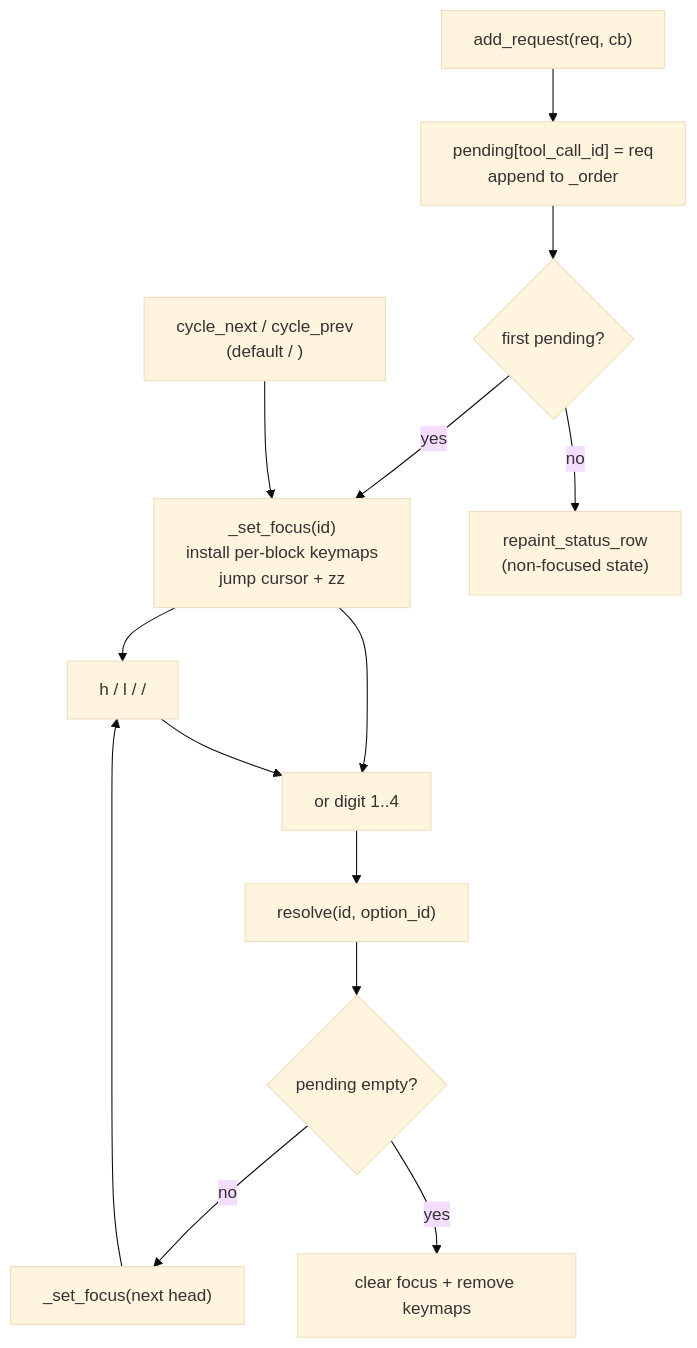
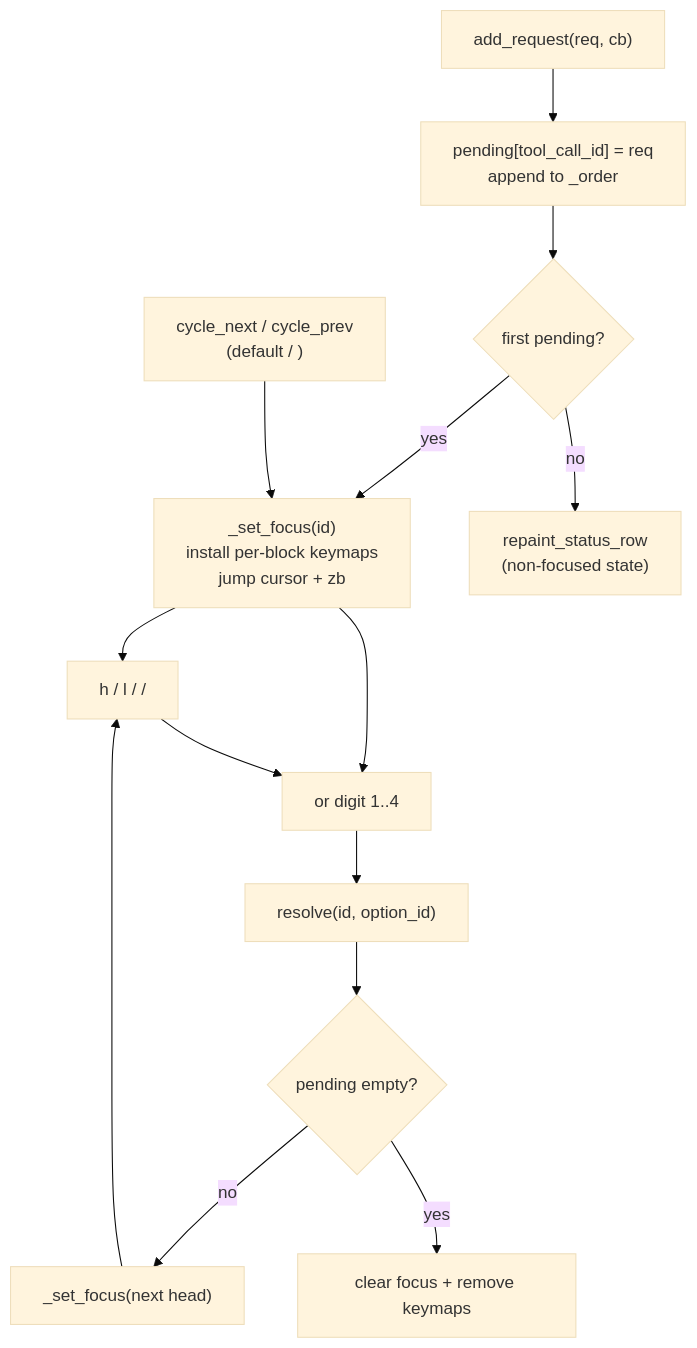
The diagram in docs/architectural-decisions/003-inline-permission-buttons.md (carlos-algms/agentic.nvim), drawn with Mermaid (base theme) before and after one commit. The commit also changed other lines of this file and 7 other files, not shown here.

````diff
--- a/docs/architectural-decisions/003-inline-permission-buttons.md
+++ b/docs/architectural-decisions/003-inline-permission-buttons.md
@@ -38,26 +38,26 @@
 ```mermaid
 flowchart TD
     Add["add_request(req, cb)"]
     Map["pending[tool_call_id] = req<br/>append to _order"]
     First{first pending?}
-    Focus["_set_focus(id)<br/>install per-block keymaps<br/>jump cursor + zz"]
+    Focus["_set_focus(id)<br/>install per-block keymaps<br/>jump cursor + zb"]
     Paint["repaint_status_row<br/>(non-focused state)"]
     Cycle["cycle_next / cycle_prev<br/>(default <C-n> / <C-p>)"]
     Btn["h / l / <Left> / <Right>"]
     Sub["<CR> or digit 1..4"]
     Res["resolve(id, option_id)"]
     Drain{pending empty?}
     NextHead["_set_focus(next head)"]
     Clear["clear focus + remove keymaps"]
 
     Add --> Map --> First
     First -->|yes| Focus
     First -->|no| Paint
     Focus --> Btn
     Focus --> Sub
     Cycle --> Focus
     Btn --> Sub
     Sub --> Res --> Drain
     Drain -->|no| NextHead --> Btn
     Drain -->|yes| Clear
 ```
````
